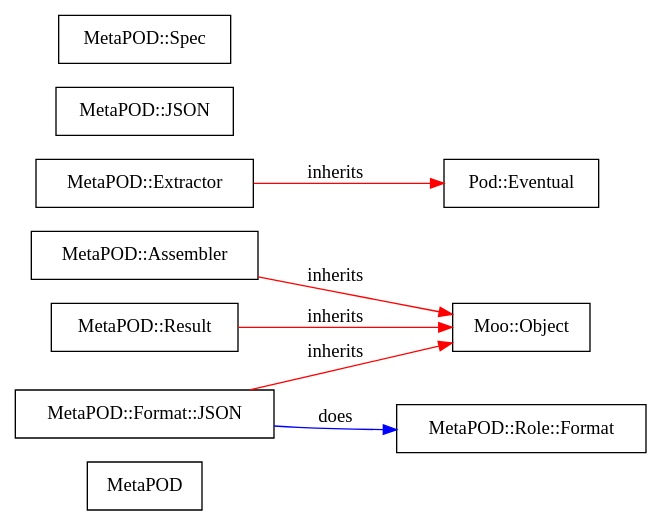
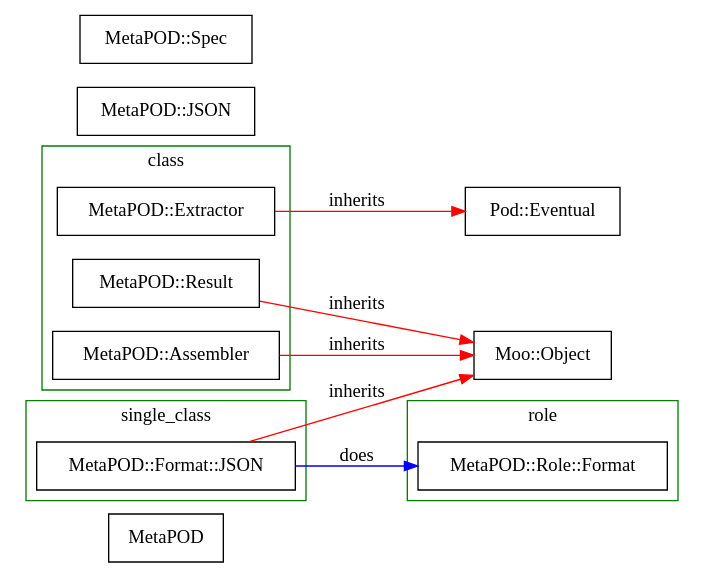
One commit to gitpan/MetaPOD changed the diagram in examples/self_structure.dot. Above: the diagram before and after it, drawn with Graphviz. The commit also changed 15 other files, not shown here.

First line of the commit message:
Import of KENTNL/MetaPOD-0.2.0 from CPAN.

```diff
--- a/examples/self_structure.dot
+++ b/examples/self_structure.dot
@@ -1,20 +1,29 @@
 digraph test {
 	rankdir=LR;
 	ratio="fill";
 	node [shape="box"];
 	MetaPOD [label="MetaPOD"];
-	node1 [label="MetaPOD::Assembler"];
 	node2 [label="Moo::Object"];
-	node3 [label="MetaPOD::Extractor"];
 	node4 [label="Pod::Eventual"];
 	node5 [label="MetaPOD::JSON"];
-	node6 [label="MetaPOD::Result"];
 	node7 [label="MetaPOD::Spec"];
-	node8 [label="MetaPOD::Format::JSON"];
-	node9 [label="MetaPOD::Role::Format"];
 	node1 -> node2 [color="red", dir="forward", label="inherits"];
 	node3 -> node4 [color="red", dir="forward", label="inherits"];
 	node8 -> node9 [color="blue", dir="forward", label="does"];
 	node8 -> node2 [color="red", dir="forward", label="inherits"];
 	node6 -> node2 [color="red", dir="forward", label="inherits"];
+	subgraph cluster_class {
+		color="green"; label="class";
+		node1 [label="MetaPOD::Assembler"];
+		node3 [label="MetaPOD::Extractor"];
+		node6 [label="MetaPOD::Result"];
+	}
+	subgraph cluster_single_class {
+		color="green"; label="single_class";
+		node8 [label="MetaPOD::Format::JSON"];
+	}
+	subgraph cluster_role {
+		color="green"; label="role";
+		node9 [label="MetaPOD::Role::Format"];
+	}
 }
```
